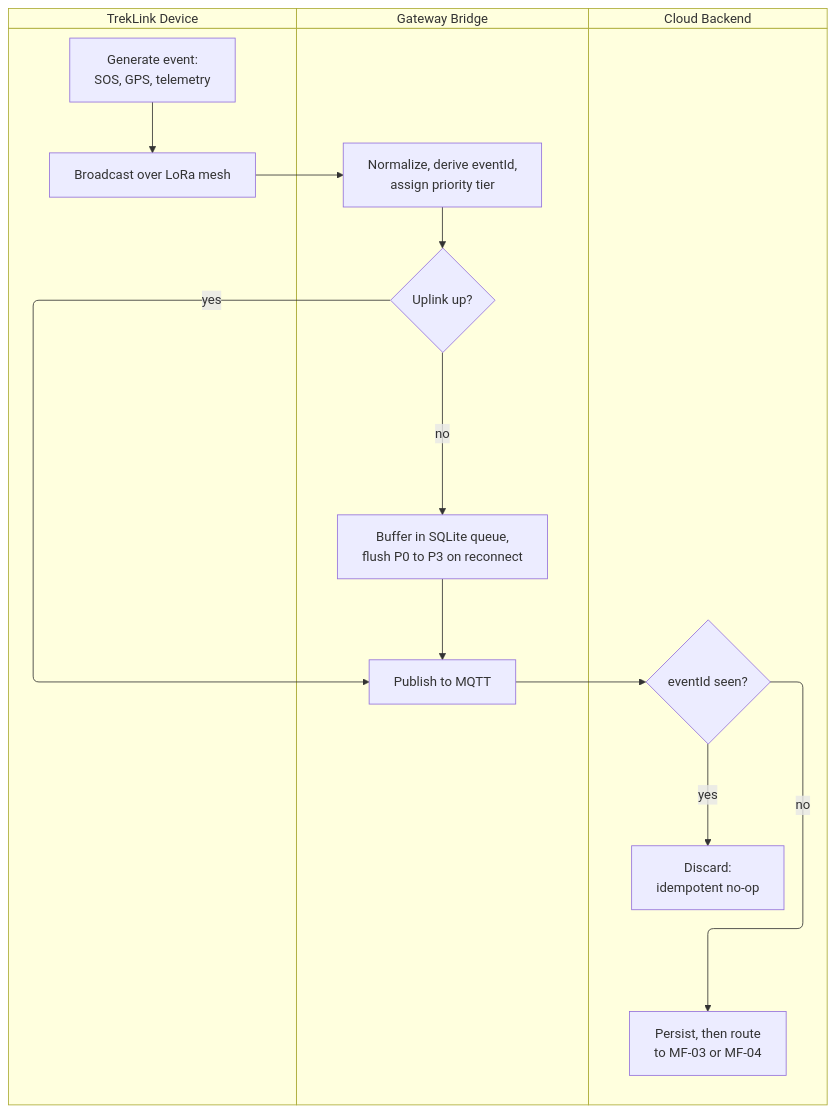
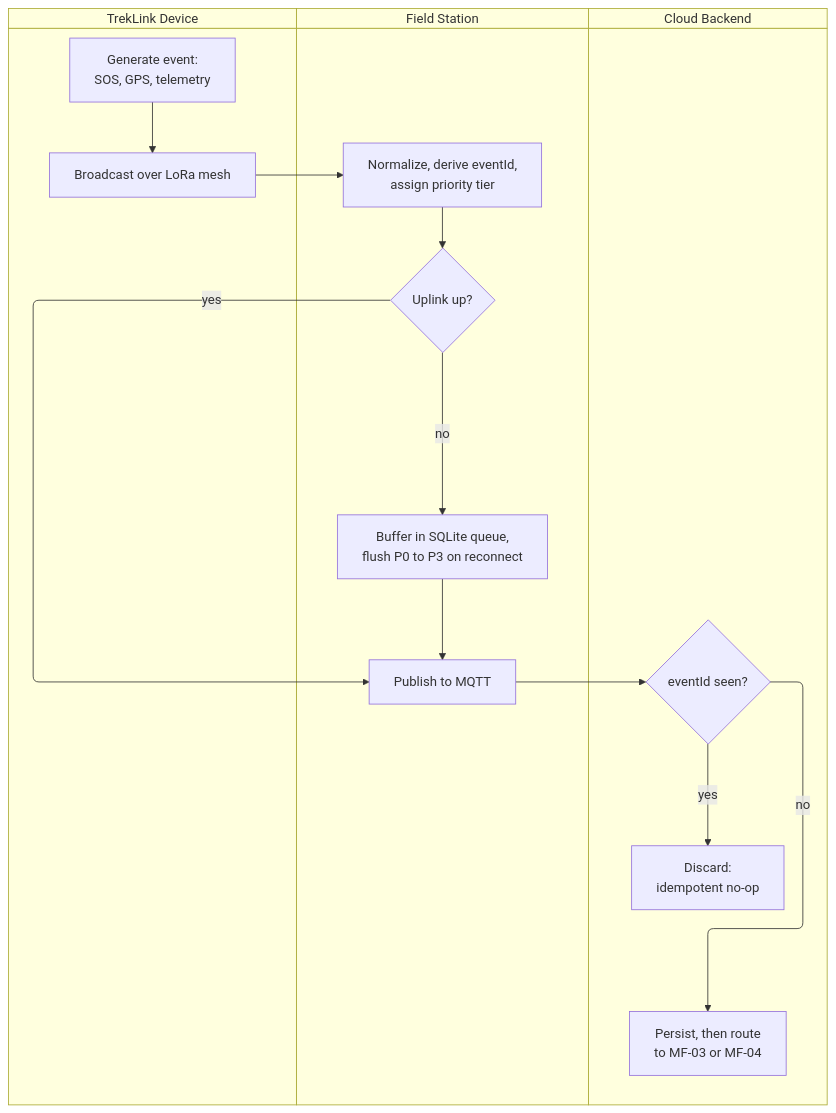
The second of 5 diagrams in _docs/00-project-context/05-main-flows.md (TrekLink-Team/treklink-docs), drawn with Mermaid before and after one commit. The commit also changed other lines of this file and 8 other files, not shown here.

````diff
--- a/_docs/00-project-context/05-main-flows.md
+++ b/_docs/00-project-context/05-main-flows.md
@@ -118,24 +122,24 @@
 ```mermaid
 swimlane-beta TB
     subgraph device["TrekLink Device"]
         d1[Generate event:<br/>SOS, GPS, telemetry]
         d2[Broadcast over LoRa mesh]
     end
-    subgraph gateway["Gateway Bridge"]
+    subgraph gateway["Field Station"]
         w1[Normalize, derive eventId,<br/>assign priority tier]
         w2{Uplink up?}
         w3[Buffer in SQLite queue,<br/>flush P0 to P3 on reconnect]
         w4[Publish to MQTT]
     end
     subgraph cloud["Cloud Backend"]
         b1{eventId seen?}
         b2[Discard:<br/>idempotent no-op]
         b3[Persist, then route<br/>to MF-03 or MF-04]
     end
     d1 --> d2 --> w1 --> w2
     w2 -->|yes| w4
     w2 -->|no| w3 --> w4
     w4 --> b1
     b1 -->|yes| b2
     b1 -->|no| b3
 ```
````
